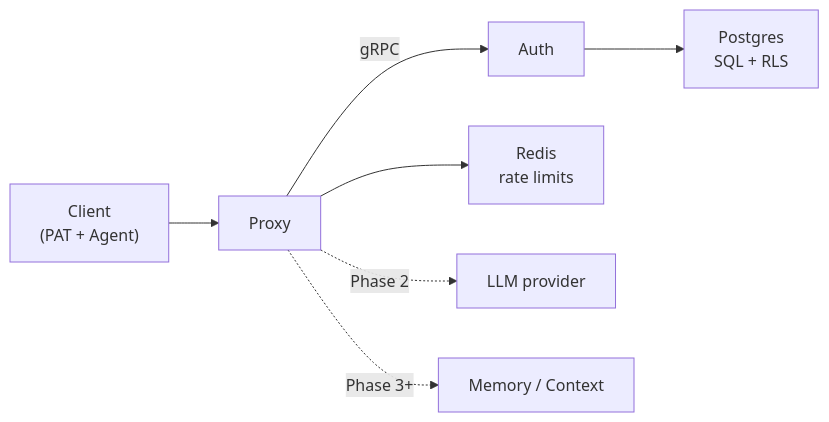
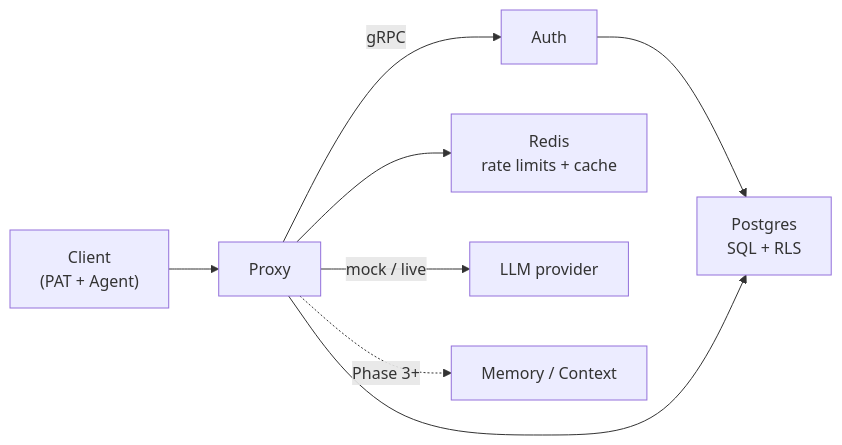
One commit to Rick1330/ibex-harness changed the second of 2 diagrams in web/content/docs/getting-started/concepts.mdx. Above: the diagram before and after it, drawn with Mermaid. The commit also changed other lines of this file and 12 other files, not shown here.

````diff
--- a/web/content/docs/getting-started/concepts.mdx
+++ b/web/content/docs/getting-started/concepts.mdx
@@ -167,9 +185,10 @@
 ```mermaid
 flowchart LR
   Client["Client<br/>(PAT + Agent)"] --> Proxy["Proxy"]
   Proxy -->|gRPC| Auth["Auth"]
   Auth --> PG["Postgres<br/>SQL + RLS"]
-  Proxy --> Redis["Redis<br/>rate limits"]
-  Proxy -.->|Phase 2| LLM["LLM provider"]
+  Proxy --> PG
+  Proxy --> Redis["Redis<br/>rate limits + cache"]
+  Proxy -->|mock / live| LLM["LLM provider"]
   Proxy -.->|Phase 3+| Memory["Memory / Context"]
 ```
````
